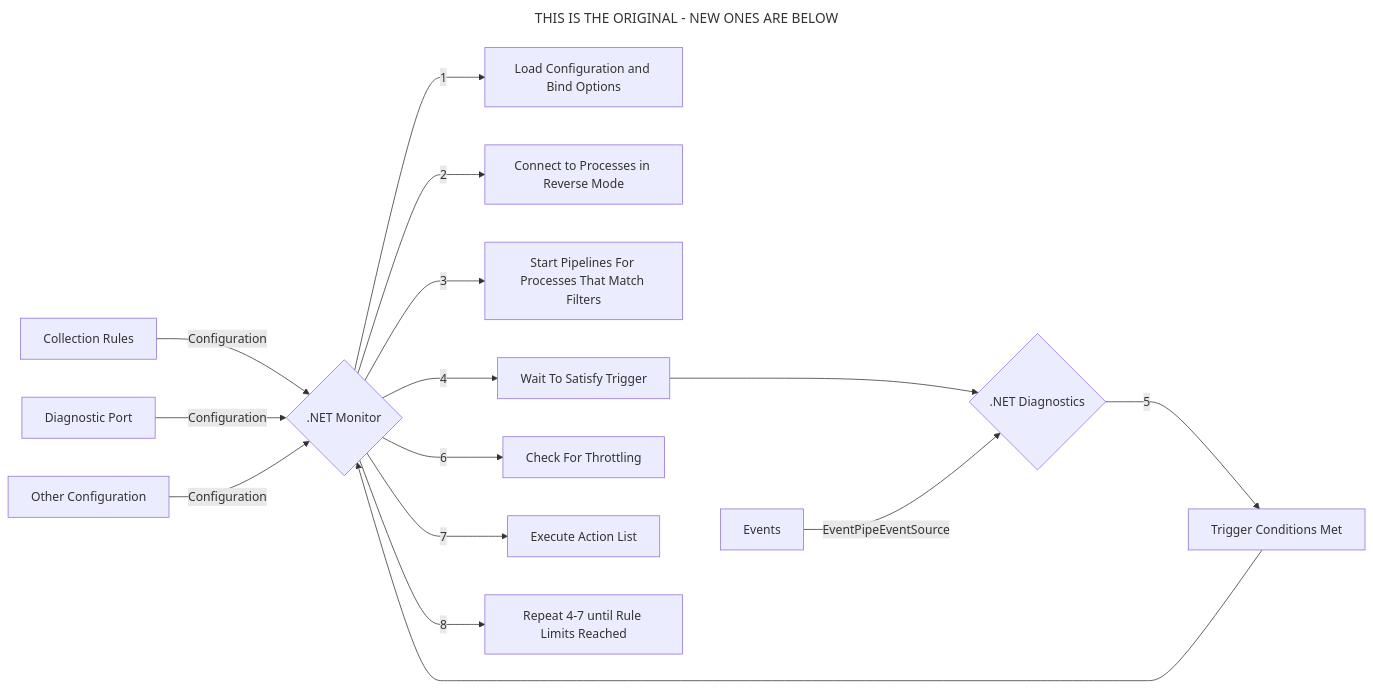
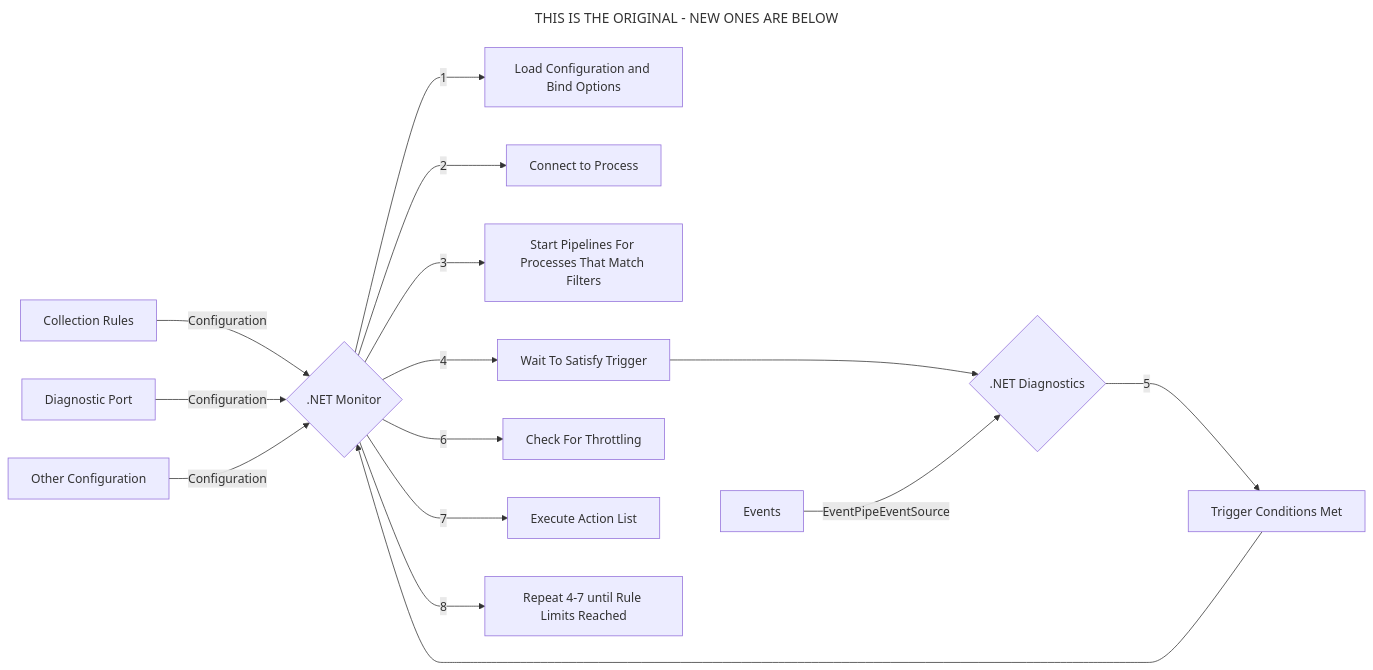
Before and after one commit to dotnet/dotnet-monitor: the first of 3 diagrams in documentation/learningPath/collectionrules.md, drawn with Mermaid. The commit also changed other lines of this file, not shown here.

````diff
--- a/documentation/learningPath/collectionrules.md
+++ b/documentation/learningPath/collectionrules.md
@@ -14,22 +14,22 @@
 ```mermaid
 ---
 title: THIS IS THE ORIGINAL - NEW ONES ARE BELOW
 ---
 graph LR
     A[Collection Rules] --> |Configuration| N{.NET Monitor}
     B[Diagnostic Port] --> |Configuration| N{.NET Monitor}
     C[Other Configuration] --> |Configuration| N{.NET Monitor}
     N ---> |1| O[Load Configuration and Bind Options]
-    N ---> |2| P[Connect to Processes in Reverse Mode]    
+    N ---> |2| P[Connect to Process]    
     N ---> |3| Q[Start Pipelines For Processes That Match Filters]
     N ---> |4| R[Wait To Satisfy Trigger]
     R ---> U
     U ---> |5| S[Trigger Conditions Met]
     S ---> N
     N ---> |6| V[Check For Throttling]
     N ---> |7| W[Execute Action List]
     N ---> |8| X[Repeat 4-7 until Rule Limits Reached]
 
 
     T[Events] --> |EventPipeEventSource| U{.NET Diagnostics}
 ```
````
